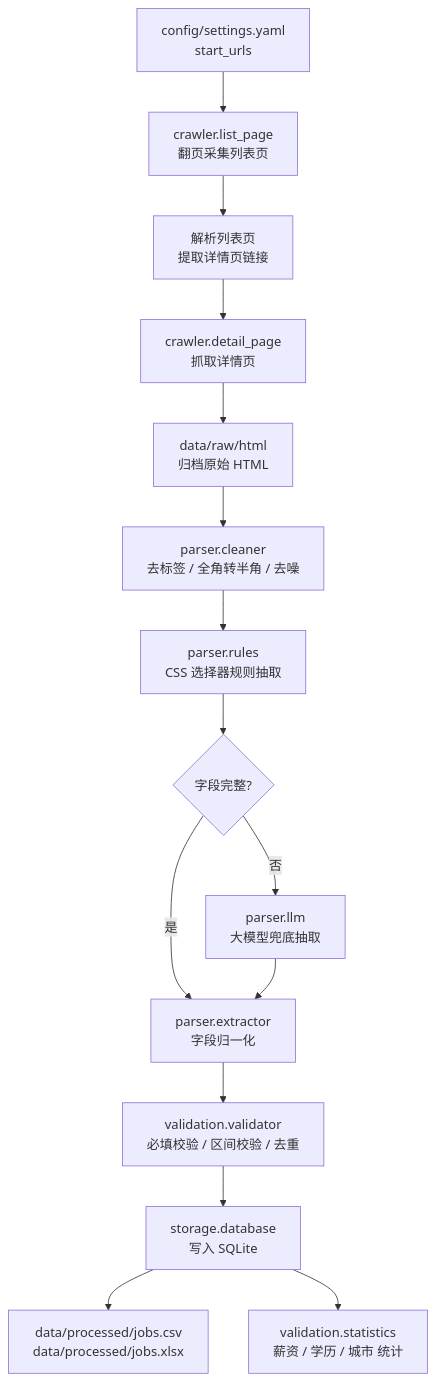
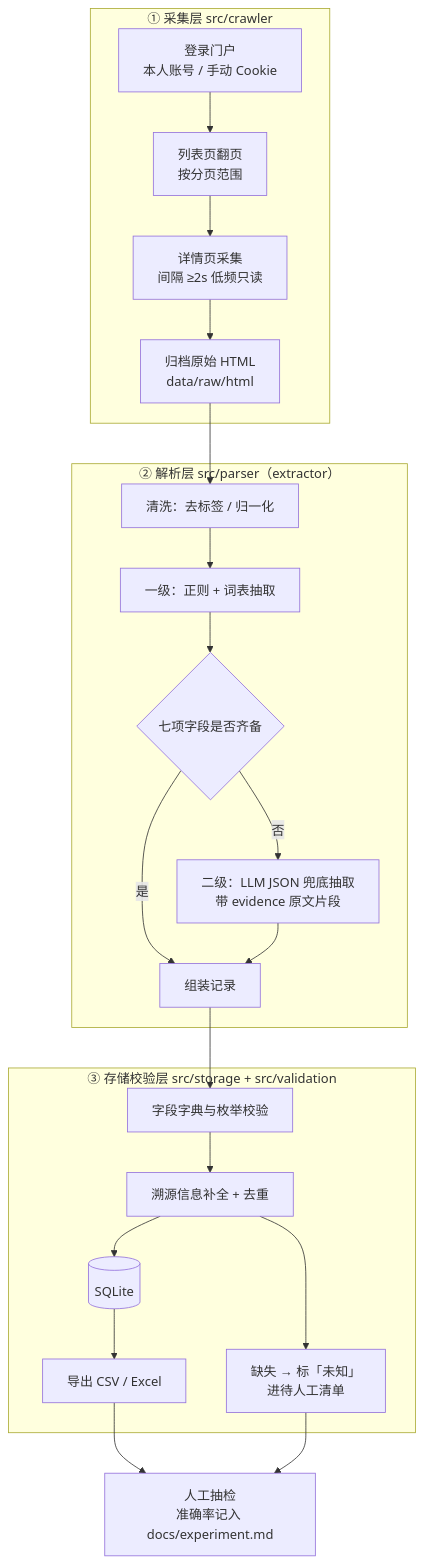
The diagram in README.md (340519646-ui/software-work), drawn with Mermaid before and after one commit. The commit also changed other lines of this file, not shown here.

````diff
--- a/README.md
+++ b/README.md
@@ -27,17 +28,25 @@
 ```mermaid
 flowchart TD
-    A[config/settings.yaml<br/>start_urls] --> B[crawler.list_page<br/>翻页采集列表页]
-    B --> C[解析列表页<br/>提取详情页链接]
-    C --> D[crawler.detail_page<br/>抓取详情页]
-    D --> E[data/raw/html<br/>归档原始 HTML]
-    E --> F[parser.cleaner<br/>去标签 / 全角转半角 / 去噪]
-    F --> G[parser.rules<br/>CSS 选择器规则抽取]
-    G --> H{字段完整?}
-    H -- 否 --> I[parser.llm<br/>大模型兜底抽取]
-    H -- 是 --> J[parser.extractor<br/>字段归一化]
-    I --> J
-    J --> K[validation.validator<br/>必填校验 / 区间校验 / 去重]
-    K --> L[storage.database<br/>写入 SQLite]
-    L --> M[data/processed/jobs.csv<br/>data/processed/jobs.xlsx]
-    L --> N[validation.statistics<br/>薪资 / 学历 / 城市 统计]
+    subgraph L1["① 采集层 src/crawler"]
+        A1[登录门户<br/>本人账号 / 手动 Cookie] --> A2[列表页翻页<br/>按分页范围]
+        A2 --> A3[详情页采集<br/>间隔 ≥2s 低频只读]
+        A3 --> A4[归档原始 HTML<br/>data/raw/html]
+    end
+    subgraph L2["② 解析层 src/parser（extractor）"]
+        B1[清洗：去标签 / 归一化] --> B2[一级：正则 + 词表抽取]
+        B2 --> B3{七项字段是否齐备}
+        B3 -- 否 --> B4[二级：LLM JSON 兜底抽取<br/>带 evidence 原文片段]
+        B3 -- 是 --> B5[组装记录]
+        B4 --> B5
+    end
+    subgraph L3["③ 存储校验层 src/storage + src/validation"]
+        C1[字段字典与枚举校验] --> C2[溯源信息补全 + 去重]
+        C2 --> C3[(SQLite)]
+        C3 --> C4[导出 CSV / Excel]
+        C2 --> C5[缺失 → 标「未知」<br/>进待人工清单]
+    end
+    A4 --> B1
+    B5 --> C1
+    C4 --> D[人工抽检<br/>准确率记入 docs/experiment.md]
+    C5 --> D
 ```
````
